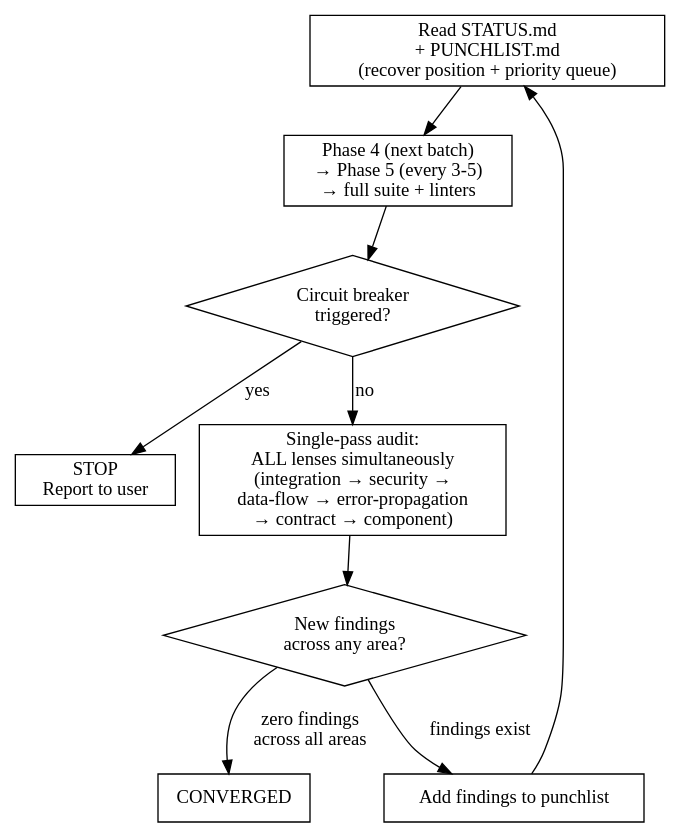
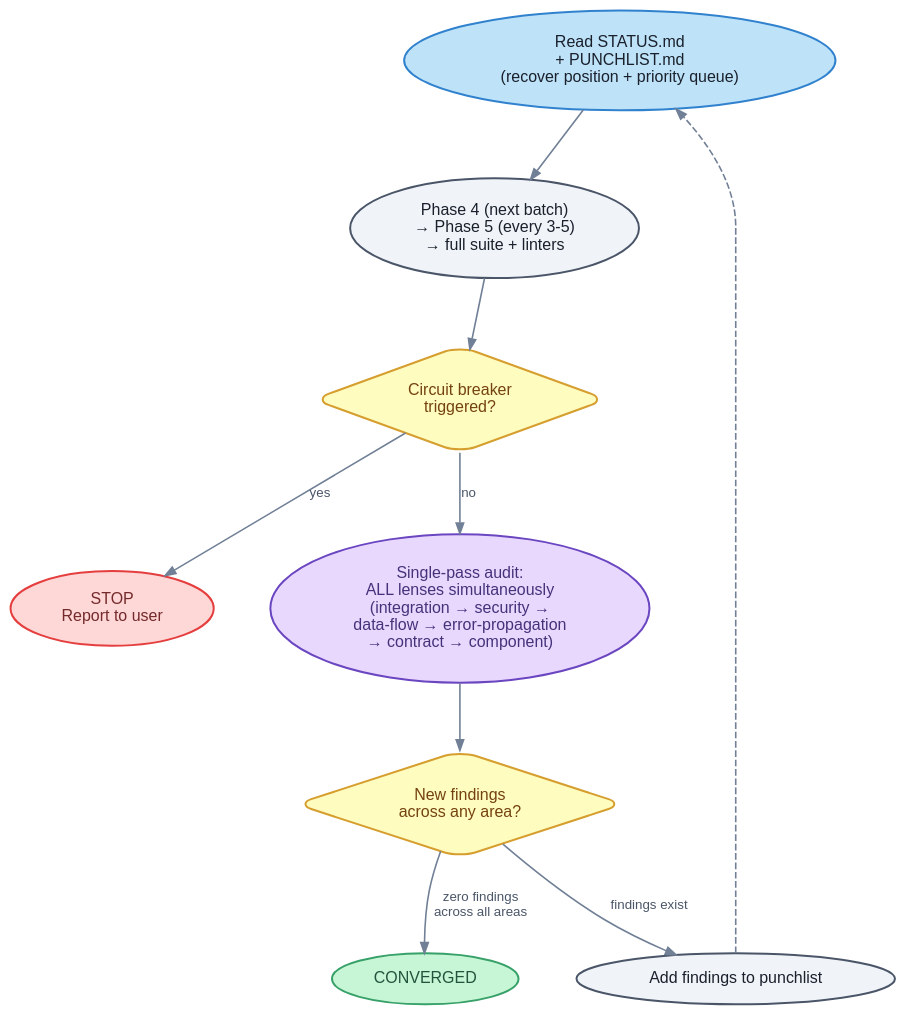
The diagram in docs/diagrams/justine-convergence.dot (jbrjake/holtz), drawn with Graphviz before and after one commit. The commit also changed 7 other files, not shown here.

First line of the commit message:
docs: style diagrams with color-coded nodes and clean typography

```diff
--- a/docs/diagrams/justine-convergence.dot
+++ b/docs/diagrams/justine-convergence.dot
@@ -1,22 +1,80 @@
 digraph {
   rankdir=TB
-  node [shape=box]
+  bgcolor="transparent"
+  pad=0.4
+  nodesep=0.6
+  ranksep=0.7
 
-  recover [label="Read STATUS.md\n+ PUNCHLIST.md\n(recover position + priority queue)"]
-  fix_loop [label="Phase 4 (next batch)\n→ Phase 5 (every 3-5)\n→ full suite + linters"]
-  breaker [label="Circuit breaker\ntriggered?" shape=diamond]
-  stop [label="STOP\nReport to user"]
-  scan [label="Single-pass audit:\nALL lenses simultaneously\n(integration → security →\ndata-flow → error-propagation\n→ contract → component)"]
-  found [label="New findings\nacross any area?" shape=diamond]
-  converged [label="CONVERGED"]
-  add [label="Add findings to punchlist"]
+  node [
+    fontname="Helvetica"
+    fontsize=12
+    style="filled,rounded"
+    fillcolor="#f0f4f8"
+    color="#4a5568"
+    fontcolor="#1a202c"
+    penwidth=1.5
+    margin="0.15,0.1"
+  ]
+
+  edge [
+    fontname="Helvetica"
+    fontsize=10
+    fontcolor="#4a5568"
+    color="#718096"
+    penwidth=1.2
+    arrowsize=0.8
+  ]
+
+  recover [
+    label="Read STATUS.md\n+ PUNCHLIST.md\n(recover position + priority queue)"
+    fillcolor="#bee3f8"
+    color="#3182ce"
+  ]
+  fix_loop [
+    label="Phase 4 (next batch)\n→ Phase 5 (every 3-5)\n→ full suite + linters"
+  ]
+  breaker [
+    label="Circuit breaker\ntriggered?"
+    shape=diamond
+    fillcolor="#fefcbf"
+    color="#d69e2e"
+    fontcolor="#744210"
+  ]
+  stop [
+    label="STOP\nReport to user"
+    fillcolor="#fed7d7"
+    color="#e53e3e"
+    fontcolor="#742a2a"
+  ]
+  scan [
+    label="Single-pass audit:\nALL lenses simultaneously\n(integration → security →\ndata-flow → error-propagation\n→ contract → component)"
+    fillcolor="#e9d8fd"
+    color="#6b46c1"
+    fontcolor="#44337a"
+  ]
+  found [
+    label="New findings\nacross any area?"
+    shape=diamond
+    fillcolor="#fefcbf"
+    color="#d69e2e"
+    fontcolor="#744210"
+  ]
+  converged [
+    label="CONVERGED"
+    fillcolor="#c6f6d5"
+    color="#38a169"
+    fontcolor="#22543d"
+  ]
+  add [
+    label="Add findings to punchlist"
+  ]
 
   recover -> fix_loop
   fix_loop -> breaker
   breaker -> stop [label="yes"]
   breaker -> scan [label="no"]
   scan -> found
   found -> converged [label="zero findings\nacross all areas"]
   found -> add [label="findings exist"]
-  add -> recover
+  add -> recover [style=dashed]
 }
```
